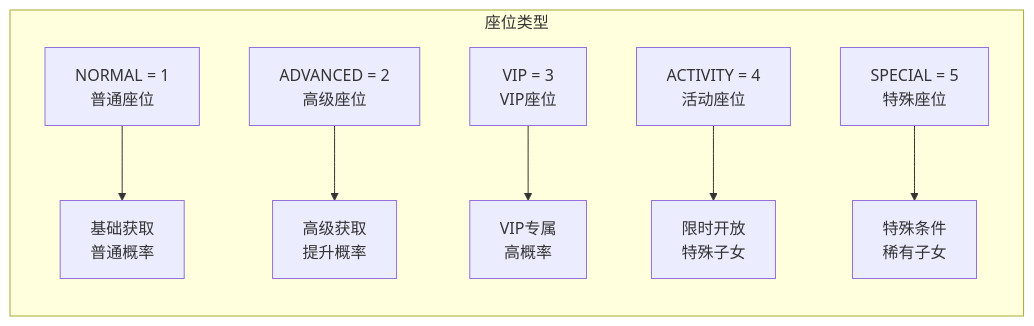
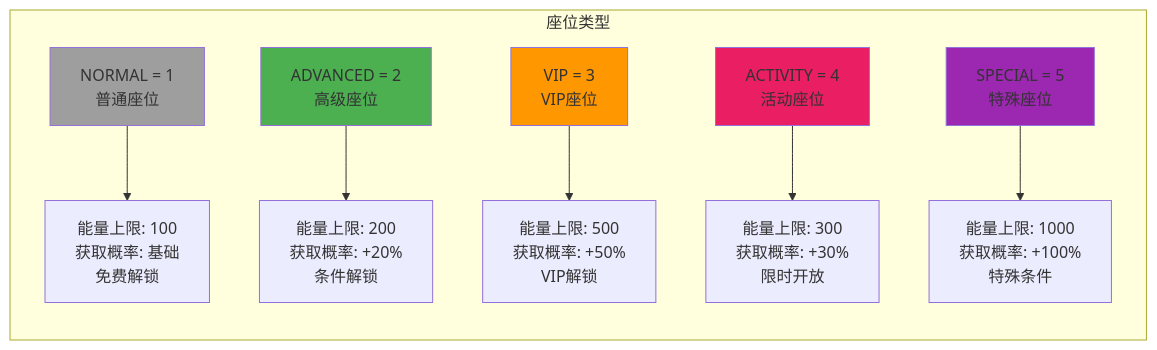
Before and after one commit to Alan-Ben/k2c_game_framework: the ninth of 15 diagrams in docs/Module_Child/01_数据配表.md, drawn with Mermaid. The commit also changed other lines of this file and 7 other files, not shown here.

````diff
--- a/docs/Module_Child/01_数据配表.md
+++ b/docs/Module_Child/01_数据配表.md
@@ -554,10 +886,16 @@
 ```mermaid
 graph LR
     subgraph 座位类型
-        A[NORMAL = 1<br/>普通座位] --> A1["基础获取<br/>普通概率"]
-        B[ADVANCED = 2<br/>高级座位] --> B1["高级获取<br/>提升概率"]
-        C[VIP = 3<br/>VIP座位] --> C1["VIP专属<br/>高概率"]
-        D[ACTIVITY = 4<br/>活动座位] --> D1["限时开放<br/>特殊子女"]
-        E[SPECIAL = 5<br/>特殊座位] --> E1["特殊条件<br/>稀有子女"]
+        A[NORMAL = 1<br/>普通座位] --> A1["能量上限: 100<br/>获取概率: 基础<br/>免费解锁"]
+        B[ADVANCED = 2<br/>高级座位] --> B1["能量上限: 200<br/>获取概率: +20%<br/>条件解锁"]
+        C[VIP = 3<br/>VIP座位] --> C1["能量上限: 500<br/>获取概率: +50%<br/>VIP解锁"]
+        D[ACTIVITY = 4<br/>活动座位] --> D1["能量上限: 300<br/>获取概率: +30%<br/>限时开放"]
+        E[SPECIAL = 5<br/>特殊座位] --> E1["能量上限: 1000<br/>获取概率: +100%<br/>特殊条件"]
     end
+
+    style A fill:#9e9e9e
+    style B fill:#4caf50
+    style C fill:#ff9800
+    style D fill:#e91e63
+    style E fill:#9c27b0
 ```
````
